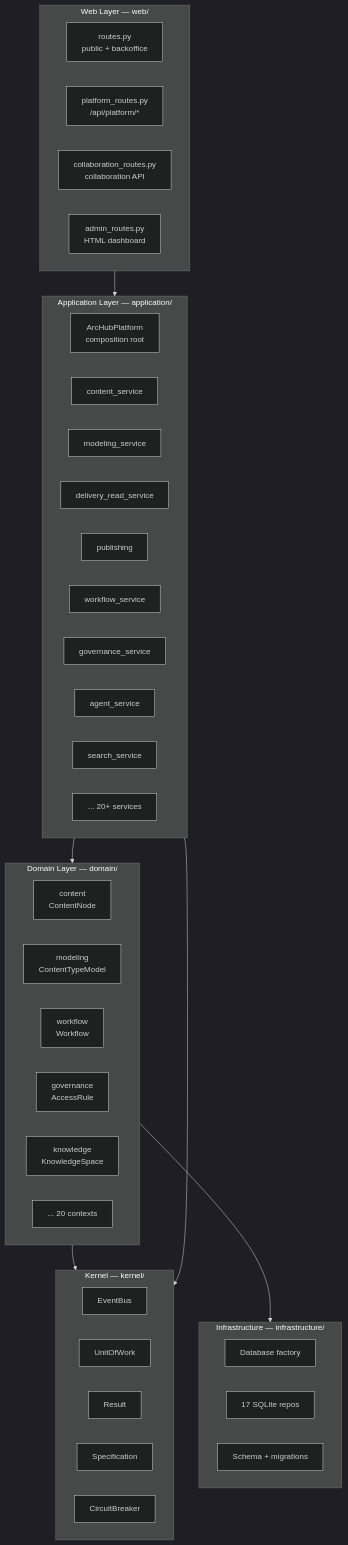
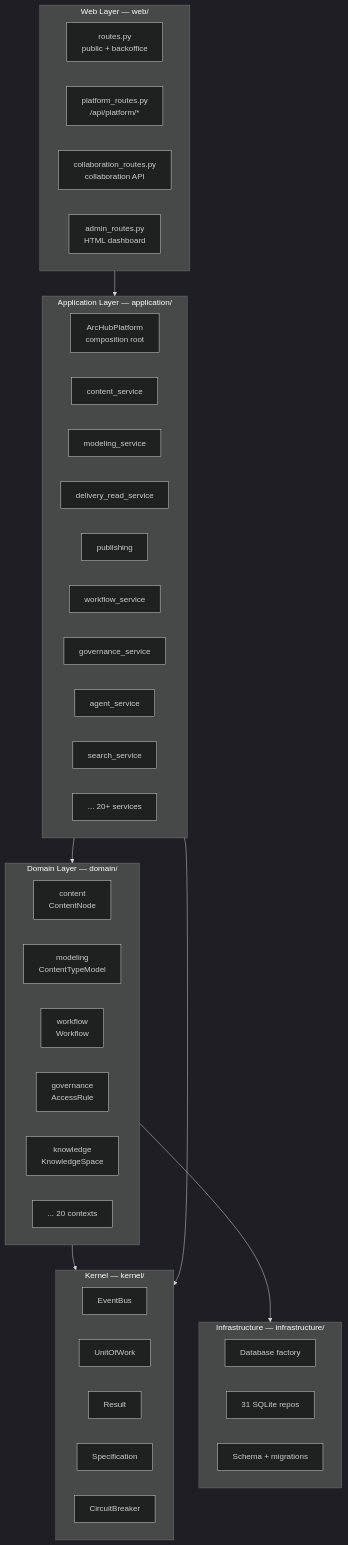
One commit to kotenev/archub_cms changed the second of 4 diagrams in docs/architecture.md. Above: the diagram before and after it, drawn with Mermaid (dark theme). The commit also changed other lines of this file and 21 other files, not shown here.

````diff
--- a/docs/architecture.md
+++ b/docs/architecture.md
@@ -33,56 +34,56 @@
 ```mermaid
 flowchart TB
     subgraph WebLayer["Web Layer — web/"]
         direction LR
         Routes[routes.py\npublic + backoffice]
         PlatformRoutes[platform_routes.py\n/api/platform/*]
         CollabRoutes[collaboration_routes.py\ncollaboration API]
         AdminRoutes[admin_routes.py\nHTML dashboard]
     end
 
     subgraph AppLayer["Application Layer — application/"]
         direction LR
         Platform[ArcHubPlatform\ncomposition root]
         Svc1[content_service]
         Svc2[modeling_service]
         Svc3[delivery_read_service]
         Svc4[publishing]
         Svc5[workflow_service]
         Svc6[governance_service]
         Svc7[agent_service]
         Svc8[search_service]
         SvcDots[... 20+ services]
     end
 
     subgraph DomainLayer["Domain Layer — domain/"]
         direction LR
         ContentCtx[content\nContentNode]
         ModelCtx[modeling\nContentTypeModel]
         WorkCtx[workflow\nWorkflow]
         GovCtx[governance\nAccessRule]
         KnowCtx[knowledge\nKnowledgeSpace]
         DomainDots[... 20 contexts]
     end
 
     subgraph KernelLayer["Kernel — kernel/"]
         direction LR
         EventBus[EventBus]
         UoW[UnitOfWork]
         Result[Result]
         Spec[Specification]
         CB[CircuitBreaker]
     end
 
     subgraph InfraLayer["Infrastructure — infrastructure/"]
         direction LR
         DB[Database factory]
-        Repos[17 SQLite repos]
+        Repos[31 SQLite repos]
         Schema[Schema + migrations]
     end
 
     WebLayer --> AppLayer
     AppLayer --> DomainLayer
     DomainLayer --> KernelLayer
     AppLayer --> KernelLayer
     DomainLayer --> InfraLayer
 ```
````
